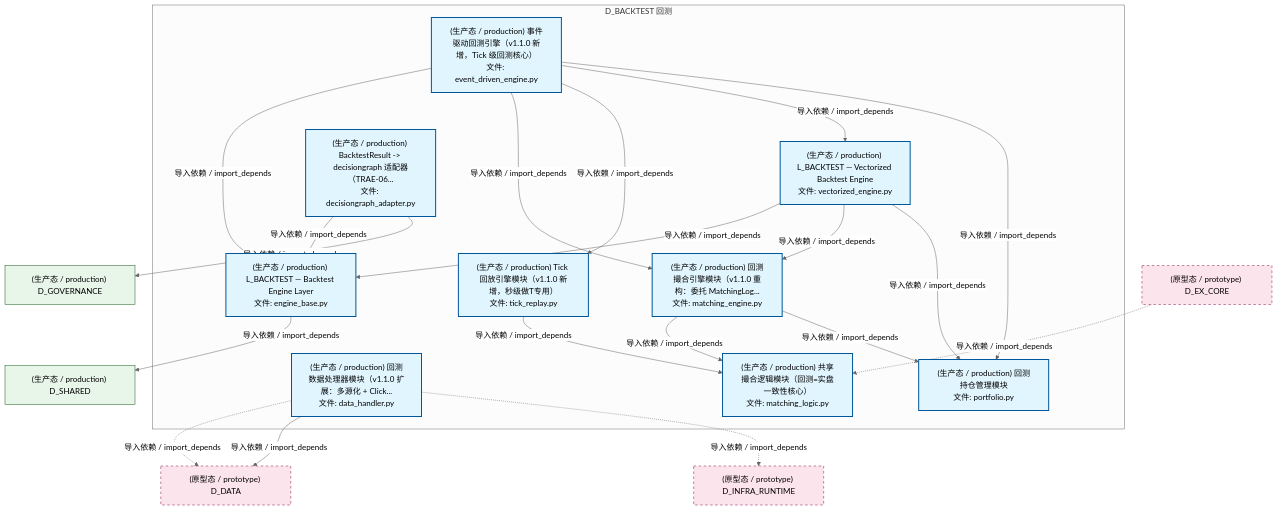
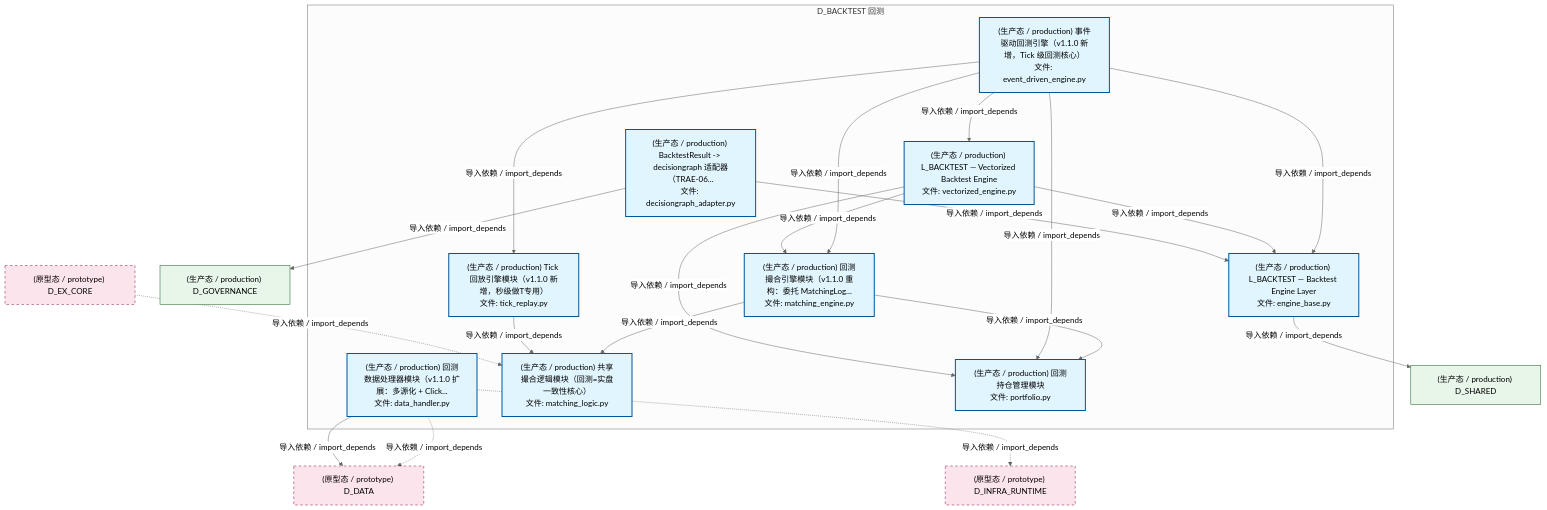
Before and after one commit to xuanFelixVan/ZephyrAlpha: the second of 5 diagrams in docs/02_enterprise_architecture/02_domain_architecture_docs/30_d_backtest.md, drawn with Mermaid (neutral theme). The commit also changed other lines of this file and 89 other files, not shown here.

````diff
--- a/docs/02_enterprise_architecture/02_domain_architecture_docs/30_d_backtest.md
+++ b/docs/02_enterprise_architecture/02_domain_architecture_docs/30_d_backtest.md
@@ -182,44 +182,44 @@
 ```mermaid
 graph TD
     subgraph D_BACKTEST["D_BACKTEST 回测"]
         src_zephyr_backtest_core_data_handler_py["(生产态 / production) 回测数据处理器模块（v1.1.0 扩展：多源化 + Click...<br/>文件: data_handler.py"]
         src_zephyr_backtest_core_engine_base_py["(生产态 / production) L_BACKTEST — Backtest Engine Layer<br/>文件: engine_base.py"]
         src_zephyr_backtest_core_matching_engine_py["(生产态 / production) 回测撮合引擎模块（v1.1.0 重构：委托 MatchingLog...<br/>文件: matching_engine.py"]
         src_zephyr_backtest_core_matching_logic_py["(生产态 / production) 共享撮合逻辑模块（回测=实盘一致性核心）<br/>文件: matching_logic.py"]
         src_zephyr_backtest_core_portfolio_py["(生产态 / production) 回测持仓管理模块<br/>文件: portfolio.py"]
         src_zephyr_backtest_core_tick_replay_py["(生产态 / production) Tick 回放引擎模块（v1.1.0 新增，秒级做T专用）<br/>文件: tick_replay.py"]
         src_zephyr_backtest_implementations_event_driven_engine_py["(生产态 / production) 事件驱动回测引擎（v1.1.0 新增，Tick 级回测核心）<br/>文件: event_driven_engine.py"]
         src_zephyr_backtest_implementations_vectorized_engine_py["(生产态 / production) L_BACKTEST — Vectorized Backtest Engine<br/>文件: vectorized_engine.py"]
         src_zephyr_backtest_io_decisiongraph_adapter_py["(生产态 / production) BacktestResult -> decisiongraph 适配器（TRAE-06...<br/>文件: decisiongraph_adapter.py"]
     end
     src_zephyr_backtest_core_matching_engine_py -->|导入依赖 / import_depends| src_zephyr_backtest_core_matching_logic_py
     src_zephyr_backtest_core_matching_engine_py -->|导入依赖 / import_depends| src_zephyr_backtest_core_portfolio_py
-    src_zephyr_backtest_core_tick_replay_py -->|导入依赖 / import_depends| src_zephyr_backtest_core_matching_logic_py
-    src_zephyr_backtest_implementations_vectorized_engine_py -->|导入依赖 / import_depends| src_zephyr_backtest_core_engine_base_py
-    src_zephyr_backtest_implementations_vectorized_engine_py -->|导入依赖 / import_depends| src_zephyr_backtest_core_matching_engine_py
-    src_zephyr_backtest_implementations_vectorized_engine_py -->|导入依赖 / import_depends| src_zephyr_backtest_core_portfolio_py
+    src_zephyr_backtest_implementations_event_driven_engine_py -->|导入依赖 / import_depends| src_zephyr_backtest_core_matching_engine_py
     src_zephyr_backtest_implementations_event_driven_engine_py -->|导入依赖 / import_depends| src_zephyr_backtest_core_engine_base_py
-    src_zephyr_backtest_implementations_event_driven_engine_py -->|导入依赖 / import_depends| src_zephyr_backtest_core_matching_engine_py
+    src_zephyr_backtest_implementations_event_driven_engine_py -->|导入依赖 / import_depends| src_zephyr_backtest_core_portfolio_py
     src_zephyr_backtest_implementations_event_driven_engine_py -->|导入依赖 / import_depends| src_zephyr_backtest_core_tick_replay_py
     src_zephyr_backtest_implementations_event_driven_engine_py -->|导入依赖 / import_depends| src_zephyr_backtest_implementations_vectorized_engine_py
-    src_zephyr_backtest_implementations_event_driven_engine_py -->|导入依赖 / import_depends| src_zephyr_backtest_core_portfolio_py
+    src_zephyr_backtest_core_tick_replay_py -->|导入依赖 / import_depends| src_zephyr_backtest_core_matching_logic_py
+    src_zephyr_backtest_implementations_vectorized_engine_py -->|导入依赖 / import_depends| src_zephyr_backtest_core_matching_engine_py
+    src_zephyr_backtest_implementations_vectorized_engine_py -->|导入依赖 / import_depends| src_zephyr_backtest_core_engine_base_py
+    src_zephyr_backtest_implementations_vectorized_engine_py -->|导入依赖 / import_depends| src_zephyr_backtest_core_portfolio_py
     src_zephyr_backtest_io_decisiongraph_adapter_py -->|导入依赖 / import_depends| src_zephyr_backtest_core_engine_base_py
     D_DATA["(原型态 / prototype) D_DATA"]
     src_zephyr_backtest_core_data_handler_py -.->|导入依赖 / import_depends| D_DATA
     src_zephyr_backtest_core_data_handler_py -->|导入依赖 / import_depends| D_DATA
     D_INFRA_RUNTIME["(原型态 / prototype) D_INFRA_RUNTIME"]
     src_zephyr_backtest_core_data_handler_py -.->|导入依赖 / import_depends| D_INFRA_RUNTIME
     D_SHARED["(生产态 / production) D_SHARED"]
     src_zephyr_backtest_core_engine_base_py -->|导入依赖 / import_depends| D_SHARED
     D_GOVERNANCE["(生产态 / production) D_GOVERNANCE"]
     src_zephyr_backtest_io_decisiongraph_adapter_py -->|导入依赖 / import_depends| D_GOVERNANCE
     D_EX_CORE["(原型态 / prototype) D_EX_CORE"]
     D_EX_CORE -.->|导入依赖 / import_depends| src_zephyr_backtest_core_matching_logic_py
     classDef production fill:#e1f5fe,stroke:#01579b,stroke-width:2px,color:#000
     classDef design fill:#fff3e0,stroke:#e65100,stroke-width:2px,color:#000,stroke-dasharray: 5 5
     classDef external_prod fill:#e8f5e9,stroke:#1b5e20,stroke-width:1px,color:#000
     classDef external_design fill:#fce4ec,stroke:#880e4f,stroke-width:1px,color:#000,stroke-dasharray: 5 5
     class src_zephyr_backtest_core_data_handler_py,src_zephyr_backtest_core_engine_base_py,src_zephyr_backtest_core_matching_engine_py,src_zephyr_backtest_core_matching_logic_py,src_zephyr_backtest_core_portfolio_py,src_zephyr_backtest_core_tick_replay_py,src_zephyr_backtest_implementations_event_driven_engine_py,src_zephyr_backtest_implementations_vectorized_engine_py,src_zephyr_backtest_io_decisiongraph_adapter_py production
     class D_SHARED,D_GOVERNANCE external_prod
     class D_DATA,D_INFRA_RUNTIME,D_EX_CORE external_design
 ```
````
